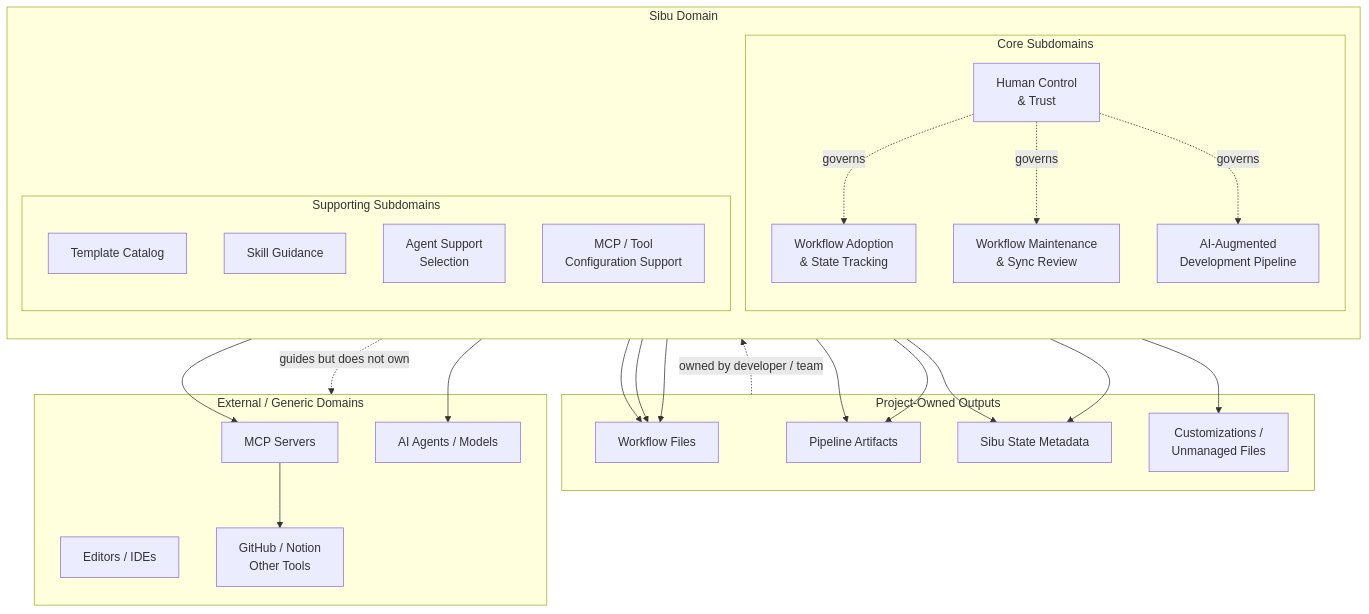
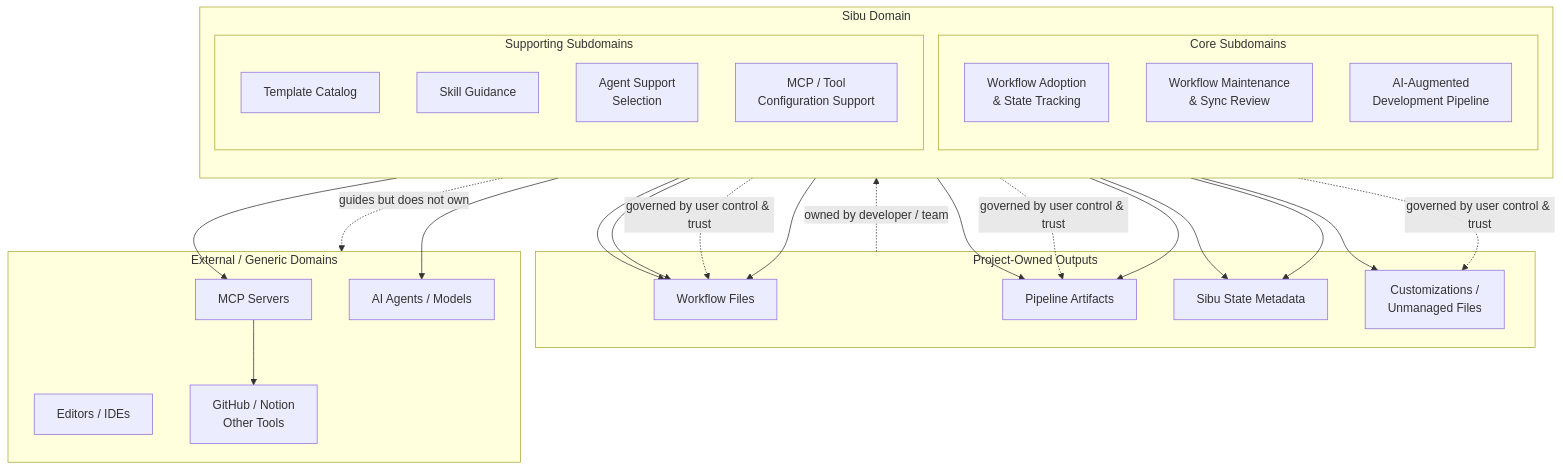
The diagram in docs/business-domain-model.md (juank11memphis/ai-augmented-workflow), drawn with Mermaid before and after one commit. The commit also changed other lines of this file and 1 other file, not shown here.

Commit message:
docs: add capabilities map

````diff
--- a/docs/business-domain-model.md
+++ b/docs/business-domain-model.md
@@ -107,61 +110,59 @@
 ```mermaid
 flowchart TB
   subgraph SibuDomain["Sibu Domain"]
     direction TB
 
     subgraph Core["Core Subdomains"]
       Adoption["Workflow Adoption
 & State Tracking"]
       Maintenance["Workflow Maintenance
 & Sync Review"]
       Pipeline["AI-Augmented
 Development Pipeline"]
-      Trust["Human Control
-& Trust"]
     end
 
     subgraph Supporting["Supporting Subdomains"]
       Templates["Template Catalog"]
       Skills["Skill Guidance"]
       AgentSupport["Agent Support
 Selection"]
       McpConfig["MCP / Tool
 Configuration Support"]
     end
   end
 
   subgraph ProjectOwned["Project-Owned Outputs"]
     WorkflowFiles["Workflow Files"]
     Artifacts["Pipeline Artifacts"]
     State["Sibu State Metadata"]
     LocalChoices["Customizations /
 Unmanaged Files"]
   end
 
   subgraph External["External / Generic Domains"]
     McpServers["MCP Servers"]
     AiAgents["AI Agents / Models"]
     Editors["Editors / IDEs"]
     Tools["GitHub / Notion
 Other Tools"]
   end
 
   Adoption --> State
   Adoption --> WorkflowFiles
   Maintenance --> WorkflowFiles
   Maintenance --> State
   Maintenance --> LocalChoices
   Pipeline --> Artifacts
-  Trust -. governs .-> Adoption
-  Trust -. governs .-> Maintenance
-  Trust -. governs .-> Pipeline
+  Adoption -. governed by user control & trust .-> WorkflowFiles
+  Maintenance -. governed by user control & trust .-> LocalChoices
+  Pipeline -. governed by user control & trust .-> Artifacts
 
   Templates --> WorkflowFiles
   Skills --> Artifacts
   AgentSupport --> AiAgents
   McpConfig --> McpServers
   McpServers --> Tools
 
   SibuDomain -. guides but does not own .-> External
   ProjectOwned -. owned by developer / team .-> SibuDomain
 ```
````
